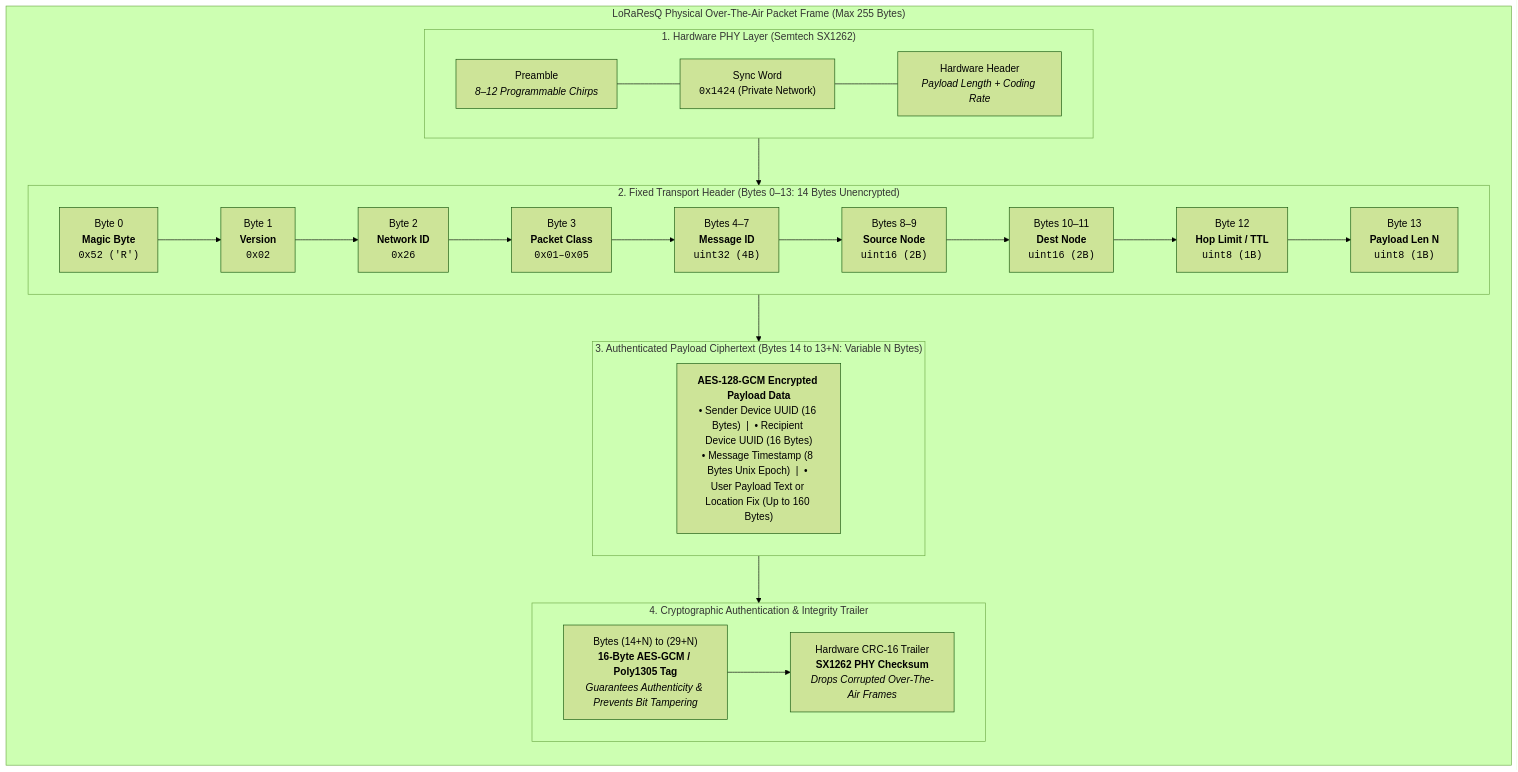
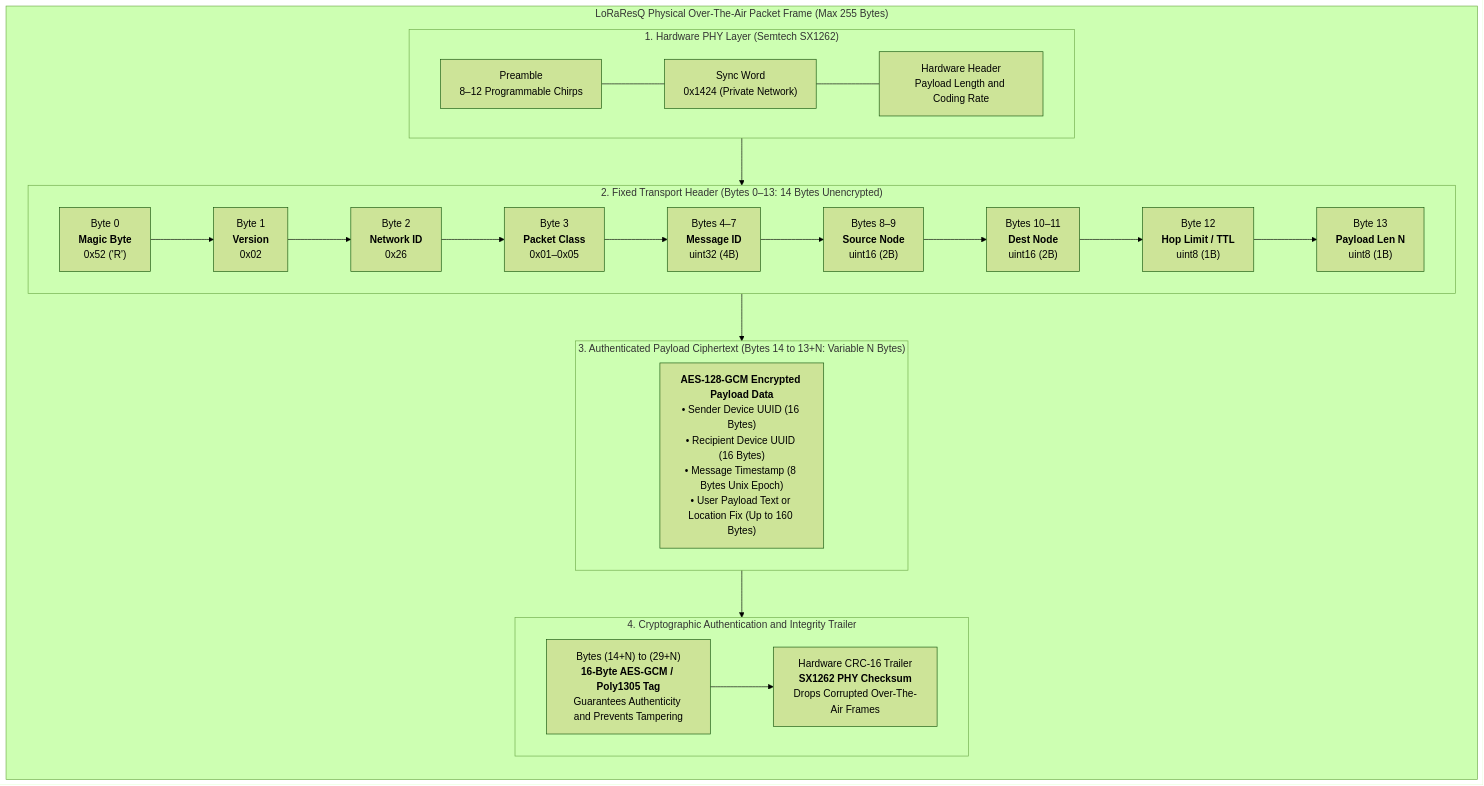
The seventh of 11 diagrams in BLUEPRINT.md (The-Usual-Idiots/LoRaResQ), drawn with Mermaid (forest theme) before and after one commit. The commit also changed other lines of this file and 4 other files, not shown here.

Commit message:
fix(docs): sanitize all 11 Mermaid diagrams and add standalone HTML previewer

````diff
--- a/BLUEPRINT.md
+++ b/BLUEPRINT.md
@@ -463,37 +463,37 @@
 ```mermaid
 flowchart TD
     subgraph PacketLayout ["LoRaResQ Physical Over-The-Air Packet Frame (Max 255 Bytes)"]
         direction TB
 
         subgraph PHYPre ["1. Hardware PHY Layer (Semtech SX1262)"]
             direction LR
-            P1["Preamble<br><i>8–12 Programmable Chirps</i>"] --- P2["Sync Word<br><code>0x1424</code> (Private Network)"]
-            P2 --- P3["Hardware Header<br><i>Payload Length + Coding Rate</i>"]
+            P1["Preamble<br>8–12 Programmable Chirps"] --- P2["Sync Word<br>0x1424 (Private Network)"]
+            P2 --- P3["Hardware Header<br>Payload Length and Coding Rate"]
         end
 
         subgraph Header14 ["2. Fixed Transport Header (Bytes 0–13: 14 Bytes Unencrypted)"]
             direction LR
-            H1["Byte 0<br><b>Magic Byte</b><br><code>0x52 ('R')</code>"] --> H2["Byte 1<br><b>Version</b><br><code>0x02</code>"]
-            H2 --> H3["Byte 2<br><b>Network ID</b><br><code>0x26</code>"]
-            H3 --> H4["Byte 3<br><b>Packet Class</b><br><code>0x01–0x05</code>"]
-            H4 --> H5["Bytes 4–7<br><b>Message ID</b><br><code>uint32 (4B)</code>"]
-            H5 --> H6["Bytes 8–9<br><b>Source Node</b><br><code>uint16 (2B)</code>"]
-            H6 --> H7["Bytes 10–11<br><b>Dest Node</b><br><code>uint16 (2B)</code>"]
-            H7 --> H8["Byte 12<br><b>Hop Limit / TTL</b><br><code>uint8 (1B)</code>"]
-            H8 --> H9["Byte 13<br><b>Payload Len N</b><br><code>uint8 (1B)</code>"]
+            H1["Byte 0<br><b>Magic Byte</b><br>0x52 ('R')"] --> H2["Byte 1<br><b>Version</b><br>0x02"]
+            H2 --> H3["Byte 2<br><b>Network ID</b><br>0x26"]
+            H3 --> H4["Byte 3<br><b>Packet Class</b><br>0x01–0x05"]
+            H4 --> H5["Bytes 4–7<br><b>Message ID</b><br>uint32 (4B)"]
+            H5 --> H6["Bytes 8–9<br><b>Source Node</b><br>uint16 (2B)"]
+            H6 --> H7["Bytes 10–11<br><b>Dest Node</b><br>uint16 (2B)"]
+            H7 --> H8["Byte 12<br><b>Hop Limit / TTL</b><br>uint8 (1B)"]
+            H8 --> H9["Byte 13<br><b>Payload Len N</b><br>uint8 (1B)"]
         end
 
         subgraph CiphertextPayload ["3. Authenticated Payload Ciphertext (Bytes 14 to 13+N: Variable N Bytes)"]
-            CP["<b>AES-128-GCM Encrypted Payload Data</b><br>• Sender Device UUID (16 Bytes) &nbsp;|&nbsp; • Recipient Device UUID (16 Bytes)<br>• Message Timestamp (8 Bytes Unix Epoch) &nbsp;|&nbsp; • User Payload Text or Location Fix (Up to 160 Bytes)"]
+            CP["<b>AES-128-GCM Encrypted Payload Data</b><br>• Sender Device UUID (16 Bytes)<br>• Recipient Device UUID (16 Bytes)<br>• Message Timestamp (8 Bytes Unix Epoch)<br>• User Payload Text or Location Fix (Up to 160 Bytes)"]
         end
 
-        subgraph CryptoTrailer ["4. Cryptographic Authentication & Integrity Trailer"]
+        subgraph CryptoTrailer ["4. Cryptographic Authentication and Integrity Trailer"]
             direction LR
-            T1["Bytes (14+N) to (29+N)<br><b>16-Byte AES-GCM / Poly1305 Tag</b><br><i>Guarantees Authenticity & Prevents Bit Tampering</i>"] --> T2["Hardware CRC-16 Trailer<br><b>SX1262 PHY Checksum</b><br><i>Drops Corrupted Over-The-Air Frames</i>"]
+            T1["Bytes (14+N) to (29+N)<br><b>16-Byte AES-GCM / Poly1305 Tag</b><br>Guarantees Authenticity and Prevents Tampering"] --> T2["Hardware CRC-16 Trailer<br><b>SX1262 PHY Checksum</b><br>Drops Corrupted Over-The-Air Frames"]
         end
 
         PHYPre --> Header14
         Header14 --> CiphertextPayload
         CiphertextPayload --> CryptoTrailer
     end
 ```
````
